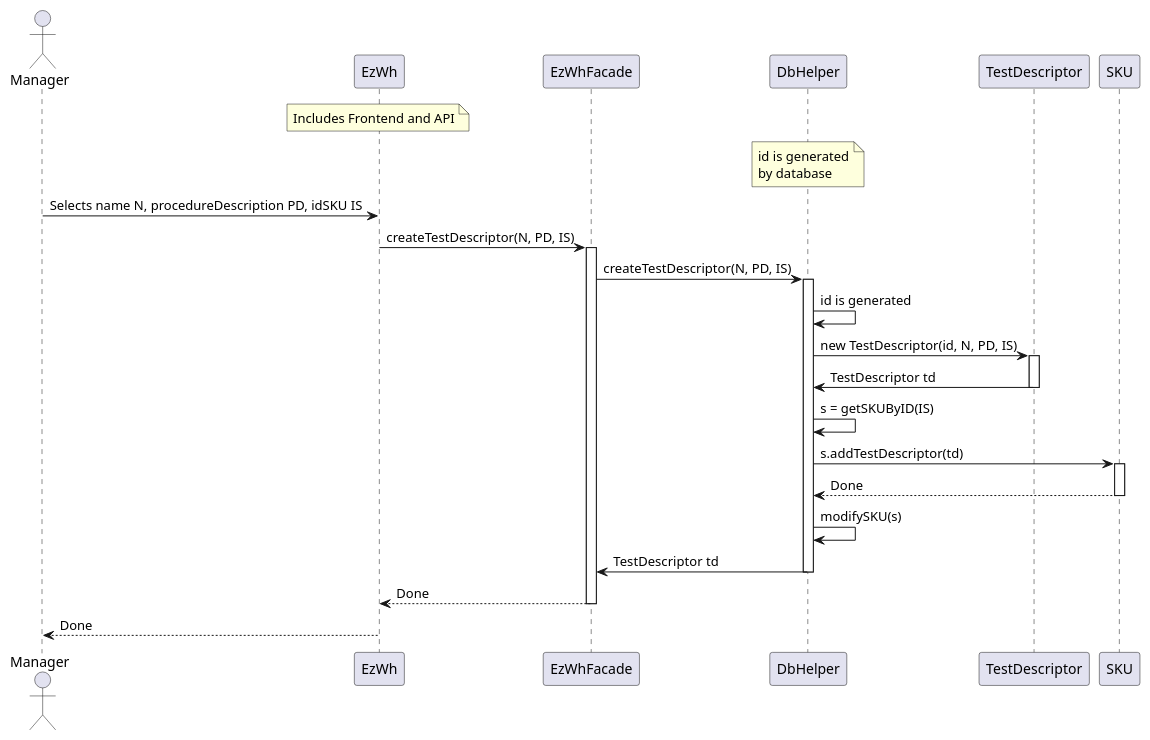
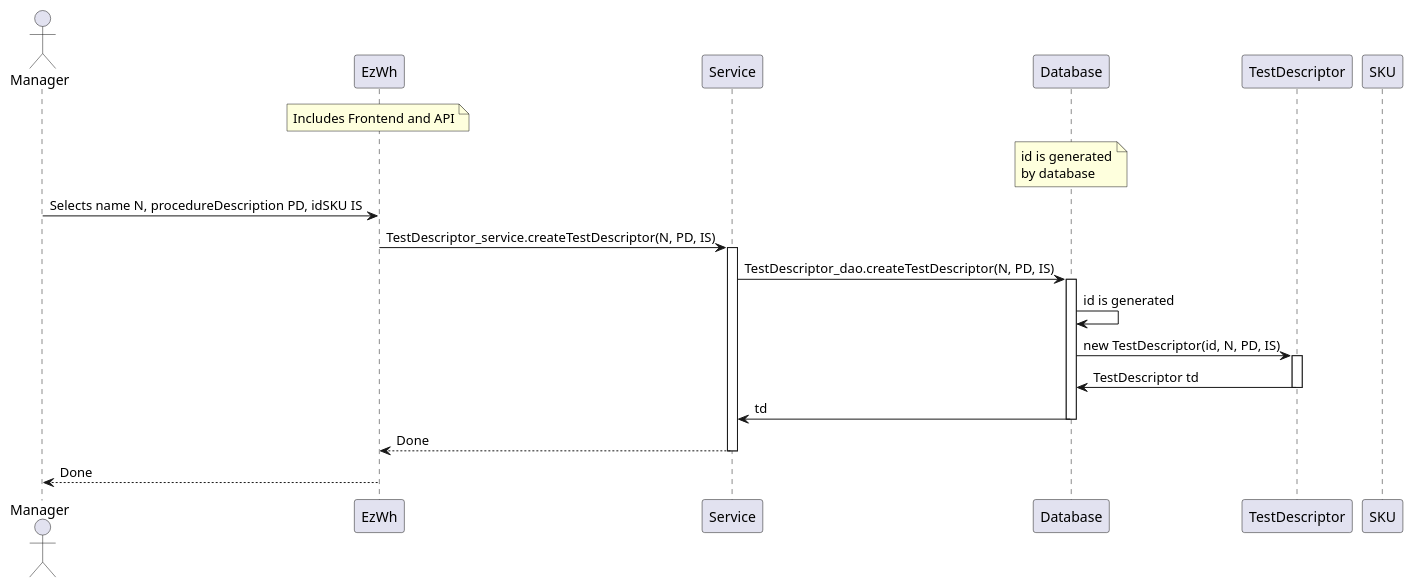
Before and after one commit to giuseppe-dandrea/EzWh: diagram 12 of 12 in DesignDocument.md, drawn with PlantUML. The commit also changed other lines of this file and 3 other files, not shown here.

````diff
--- a/DesignDocument.md
+++ b/DesignDocument.md
@@ -895,32 +888,27 @@
 ```plantuml
 actor Manager
 participant EzWh
 note over EzWh: Includes Frontend and API
-participant EzWhFacade
-participant DbHelper
-note over DbHelper: id is generated\nby database
+participant Service
+participant Database
+note over Database: id is generated\nby database
 participant TestDescriptor
 participant SKU
 
 Manager -> EzWh: Selects name N, procedureDescription PD, idSKU IS
-EzWh -> EzWhFacade: createTestDescriptor(N, PD, IS)
-activate EzWhFacade
-EzWhFacade -> DbHelper: createTestDescriptor(N, PD, IS)
-activate DbHelper
-DbHelper -> DbHelper : id is generated
-DbHelper -> TestDescriptor: new TestDescriptor(id, N, PD, IS)
+EzWh -> Service: TestDescriptor_service.createTestDescriptor(N, PD, IS)
+activate Service
+Service -> Database: TestDescriptor_dao.createTestDescriptor(N, PD, IS)
+activate Database
+Database -> Database : id is generated
+Database -> TestDescriptor: new TestDescriptor(id, N, PD, IS)
 activate TestDescriptor
-TestDescriptor -> DbHelper: TestDescriptor td
+TestDescriptor -> Database: TestDescriptor td
 deactivate TestDescriptor
-DbHelper -> DbHelper: s = getSKUByID(IS)
-DbHelper -> SKU: s.addTestDescriptor(td)
-activate SKU
-SKU --> DbHelper: Done
-deactivate SKU
-DbHelper -> DbHelper: modifySKU(s)
-DbHelper -> EzWhFacade: TestDescriptor td
-deactivate DbHelper
-EzWhFacade --> EzWh: Done
-deactivate EzWhFacade
+Database -> Service: td
+deactivate Database
+deactivate Database
+Service --> EzWh: Done
+deactivate Service
 EzWh --> Manager: Done
 ```
````
